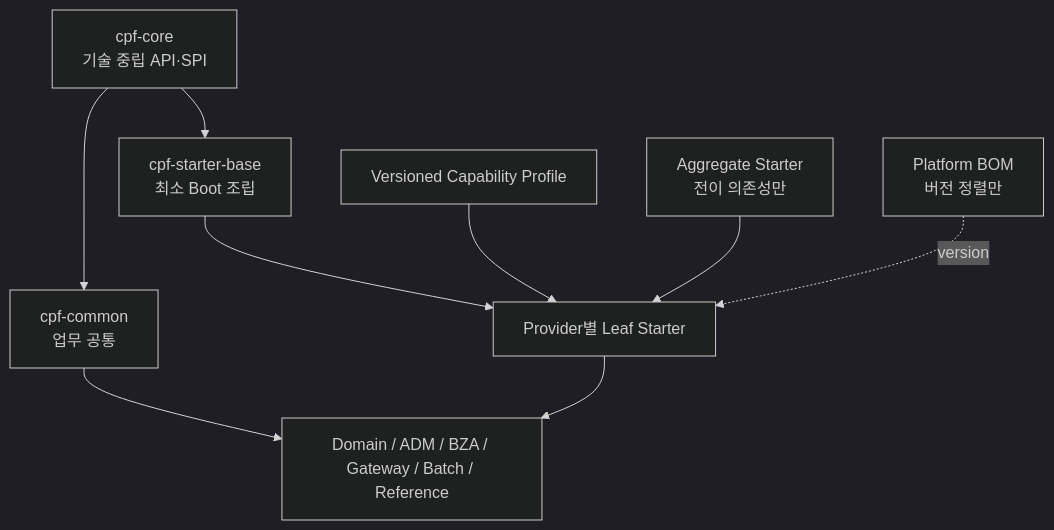
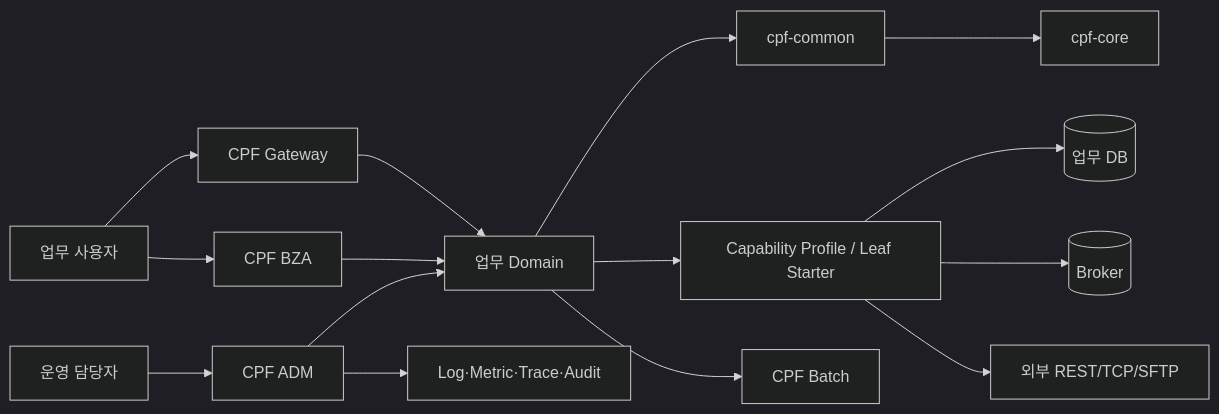
The first of 7 diagrams in cpf-docs/deliverables/아키텍처설계서.md (freeangelsun/202412_01_CPF), drawn with Mermaid (dark theme) before and after one commit. The commit also changed other lines of this file and 23 other files, not shown here.

````diff
--- a/cpf-docs/deliverables/아키텍처설계서.md
+++ b/cpf-docs/deliverables/아키텍처설계서.md
@@ -74,24 +54,17 @@
 ```mermaid
-flowchart TB
-  CORE[cpf-core
-기술 중립 API·SPI]
-  COMMON[cpf-common
-업무 공통]
-  BASE[cpf-starter-base
-최소 Boot 조립]
-  LEAF[Provider별 Leaf Starter]
-  PROFILE[Versioned Capability Profile]
-  AGG[Aggregate Starter
-전이 의존성만]
-  BOM[Platform BOM
-버전 정렬만]
-  CONSUMER[Domain / ADM / BZA / Gateway / Batch / Reference]
-  CORE --> COMMON
-  CORE --> BASE
-  BASE --> LEAF
-  PROFILE --> LEAF
-  AGG --> LEAF
-  BOM -.version.-> LEAF
-  COMMON --> CONSUMER
-  LEAF --> CONSUMER
+flowchart LR
+ U[업무 사용자] --> GW[CPF Gateway]
+ U --> BZA[CPF BZA]
+ O[운영 담당자] --> ADM[CPF ADM]
+ GW --> D[업무 Domain]
+ BZA --> D
+ ADM --> D
+ D --> C[cpf-common]
+ C --> CORE[cpf-core]
+ D --> ST[Capability Profile / Leaf Starter]
+ D --> BAT[CPF Batch]
+ ST --> DB[(업무 DB)]
+ ST --> MQ[(Broker)]
+ ST --> EXT[외부 REST/TCP/SFTP]
+ ADM --> OBS[Log·Metric·Trace·Audit]
 ```
````
